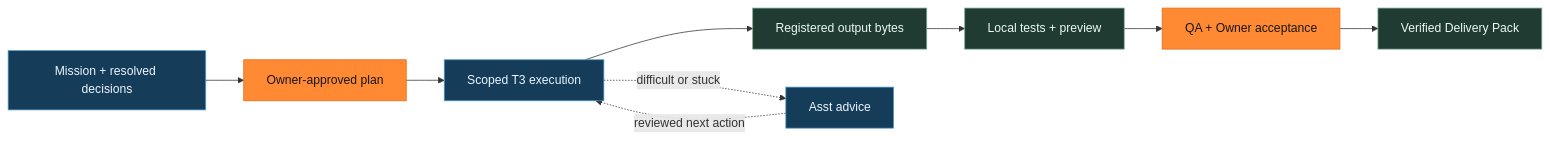
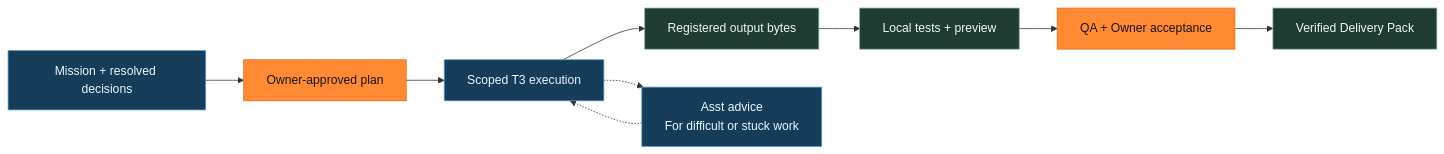
One commit to siriponsri/forge-agents changed the first of 2 diagrams in README.md. Above: the diagram before and after it, drawn with Mermaid. The commit also changed other lines of this file and 2 other files, not shown here.

Commit message:
docs: align flow direction and bounded route qualification

````diff
--- a/README.md
+++ b/README.md
@@ -108,17 +108,17 @@
 ```mermaid
 flowchart LR
   Brief["Mission + resolved decisions"] --> Plan["Owner-approved plan"]
   Plan --> Run["Scoped T3 execution"]
   Run --> Files["Registered output bytes"]
   Files --> Checks["Local tests + preview"]
   Checks --> Review["QA + Owner acceptance"]
   Review --> Pack["Verified Delivery Pack"]
-  Run -. "difficult or stuck" .-> Asst["Asst advice"]
-  Asst -. "reviewed next action" .-> Run
+  Run -.-> Asst["Asst advice<br/>For difficult or stuck work"]
+  Asst -.-> Run
   classDef decision fill:#ff8a33,color:#171717,stroke:#e46c14;
   classDef work fill:#153c58,color:#edf6ff,stroke:#4f9bcc;
   classDef evidence fill:#203b32,color:#edf9f2,stroke:#76a88e;
   class Plan,Review decision;
   class Brief,Run,Asst work;
   class Files,Checks,Pack evidence;
 ```
````
